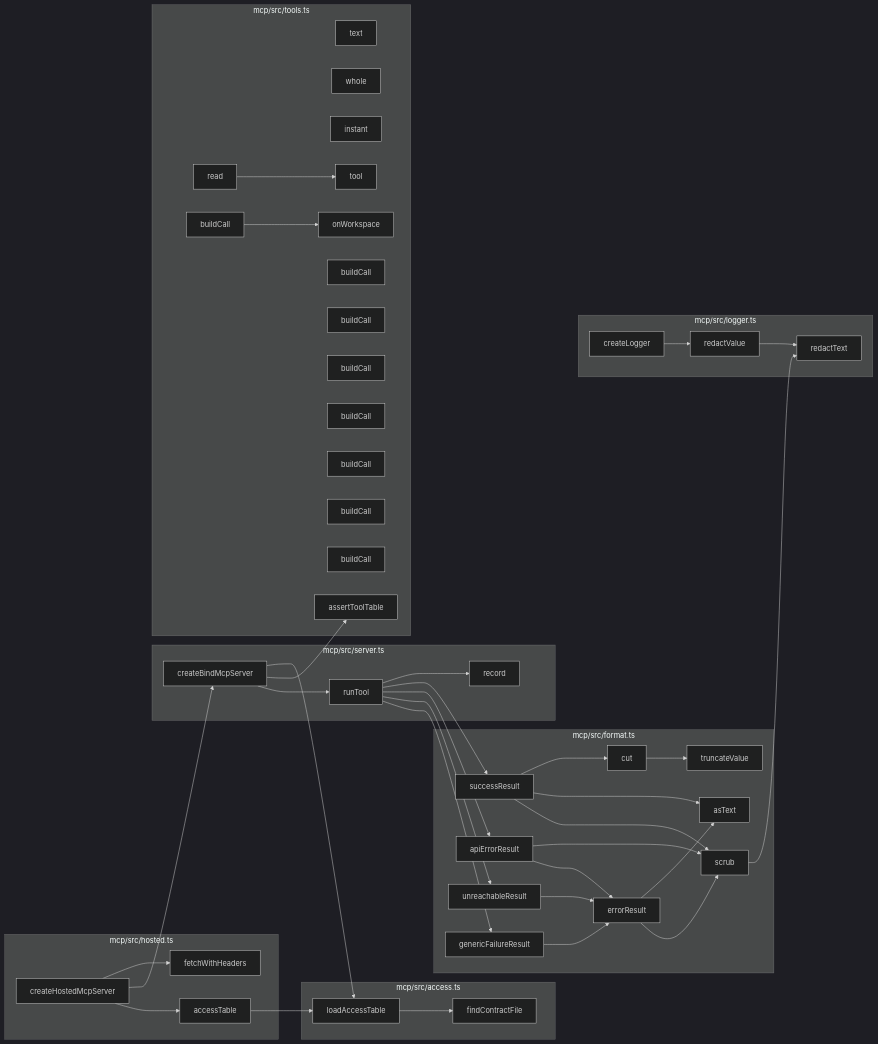
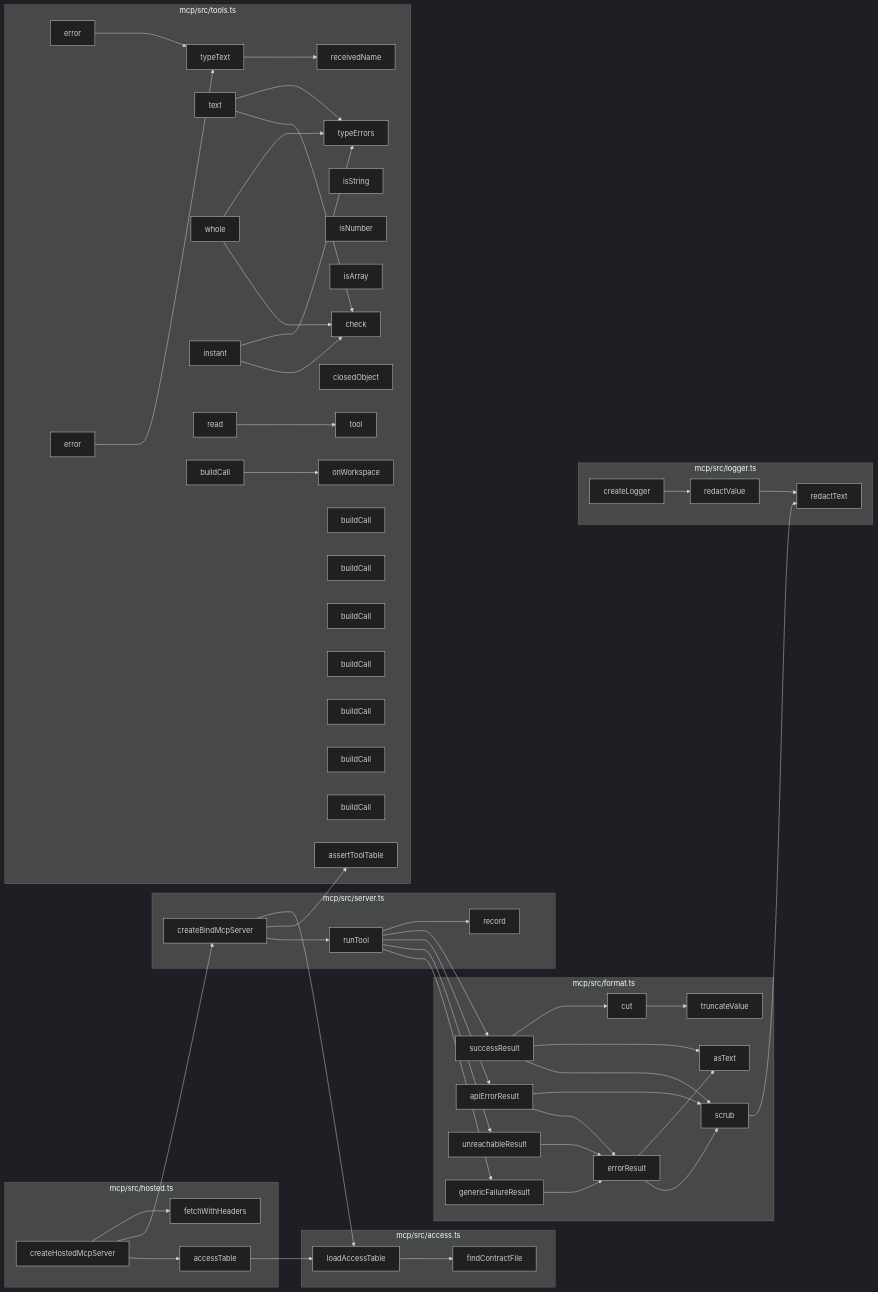
Before and after one commit to Jaydearcadian/bind: the eighth of 11 diagrams in docs/CODEBASE_MAP.md, drawn with Mermaid (dark theme). The commit also changed other lines of this file, not shown here.

````diff
--- a/docs/CODEBASE_MAP.md
+++ b/docs/CODEBASE_MAP.md
@@ -192,21 +948,31 @@
     n19["record"]
   end
   subgraph F5["mcp/src/tools.ts"]
-    n20["text"]
-    n21["whole"]
-    n22["instant"]
-    n23["tool"]
-    n24["onWorkspace"]
-    n25["read"]
-    n26["buildCall"]
-    n27["buildCall"]
-    n28["buildCall"]
-    n29["buildCall"]
-    n30["buildCall"]
-    n31["buildCall"]
-    n32["buildCall"]
-    n33["buildCall"]
-    n34["assertToolTable"]
+    n20["receivedName"]
+    n21["typeErrors"]
+    n22["error"]
+    n23["typeText"]
+    n24["isString"]
+    n25["isNumber"]
+    n26["isArray"]
+    n27["check"]
+    n28["text"]
+    n29["whole"]
+    n30["instant"]
+    n31["closedObject"]
+    n32["error"]
+    n33["tool"]
+    n34["onWorkspace"]
+    n35["read"]
+    n36["buildCall"]
+    n37["buildCall"]
+    n38["buildCall"]
+    n39["buildCall"]
+    n40["buildCall"]
+    n41["buildCall"]
+    n42["buildCall"]
+    n43["buildCall"]
+    n44["assertToolTable"]
   end
   n1 --> n0
   n3 --> n2
@@ -227,13 +993,22 @@
   n15 --> n14
   n16 --> n15
   n17 --> n1
-  n17 --> n34
+  n17 --> n44
   n17 --> n18
   n18 --> n19
   n18 --> n6
   n18 --> n8
   n18 --> n9
   n18 --> n10
-  n25 --> n23
-  n26 --> n24
+  n22 --> n23
+  n23 --> n20
+  n28 --> n21
+  n28 --> n27
+  n29 --> n21
+  n29 --> n27
+  n30 --> n21
+  n30 --> n27
+  n32 --> n23
+  n35 --> n33
+  n36 --> n34
 ```
````
